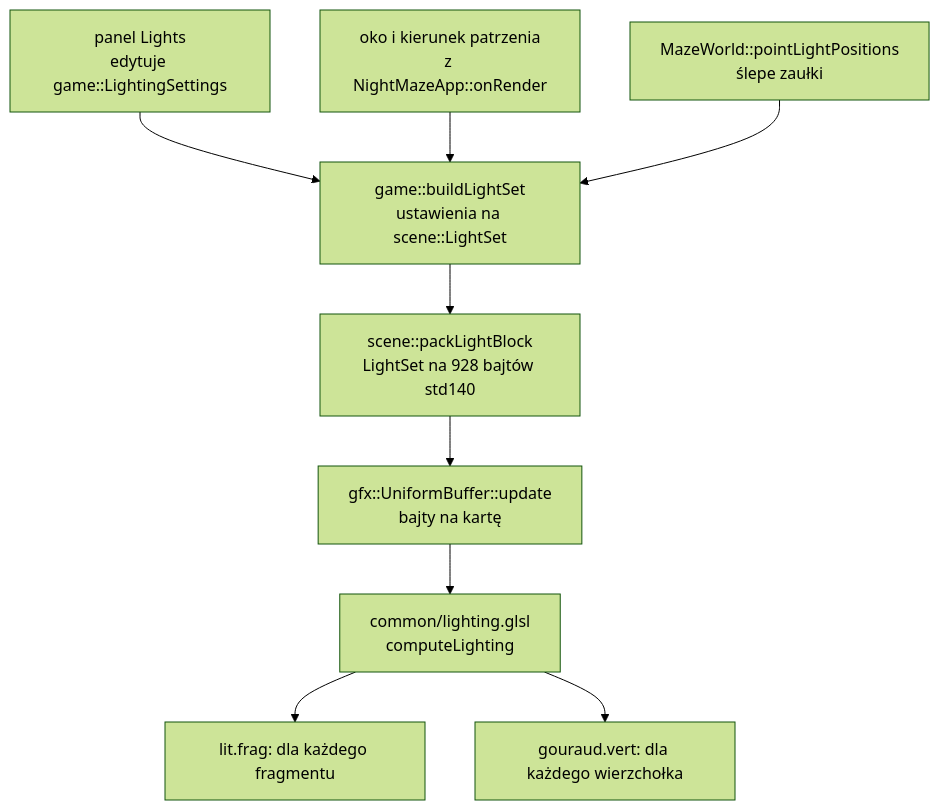
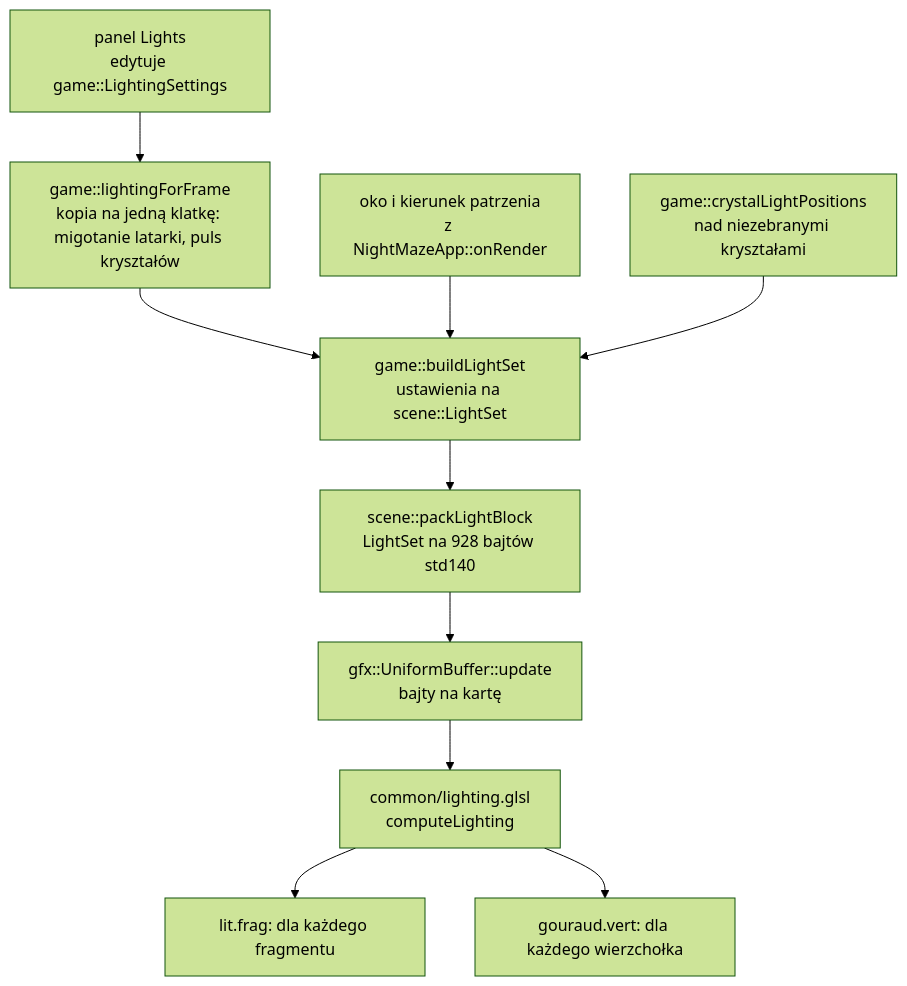
One commit to Shironex/night-maze changed the second of 2 diagrams in docs/modules/scene/lights.md. Above: the diagram before and after it, drawn with Mermaid (forest theme). The commit also changed other lines of this file and 50 other files, not shown here.

Commit message:
feat(game): draw crystals and the gate and retire the demo cube

````diff
--- a/docs/modules/scene/lights.md
+++ b/docs/modules/scene/lights.md
@@ -582,11 +626,12 @@
 ```mermaid
 flowchart TD
-    Panel["panel Lights<br>edytuje game::LightingSettings"] --> Build
+    Panel["panel Lights<br>edytuje game::LightingSettings"] --> Frame
+    Frame["game::lightingForFrame<br>kopia na jedną klatkę: migotanie latarki, puls kryształów"] --> Build
     Eye["oko i kierunek patrzenia<br>z NightMazeApp::onRender"] --> Build
-    Maze["MazeWorld::pointLightPositions<br>ślepe zaułki"] --> Build
+    Crystals["game::crystalLightPositions<br>nad niezebranymi kryształami"] --> Build
     Build["game::buildLightSet<br>ustawienia na scene::LightSet"] --> Pack
     Pack["scene::packLightBlock<br>LightSet na 928 bajtów std140"] --> Ubo
     Ubo["gfx::UniformBuffer::update<br>bajty na kartę"] --> Glsl
     Glsl["common/lighting.glsl<br>computeLighting"] --> Frag["lit.frag: dla każdego fragmentu"]
     Glsl --> Vert["gouraud.vert: dla każdego wierzchołka"]
 ```
````
